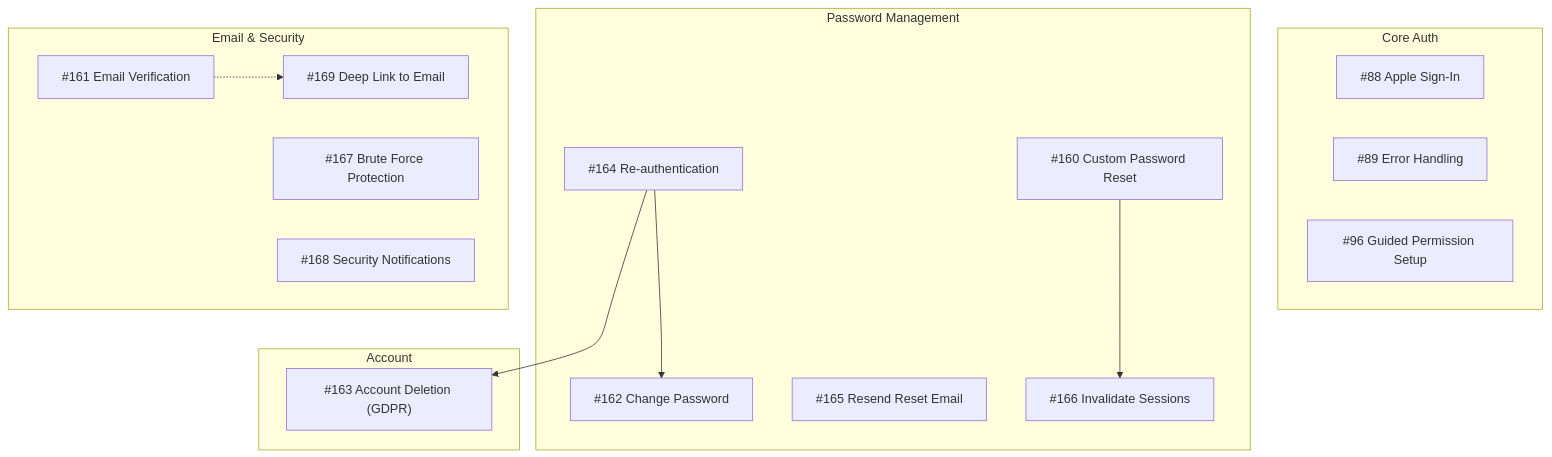
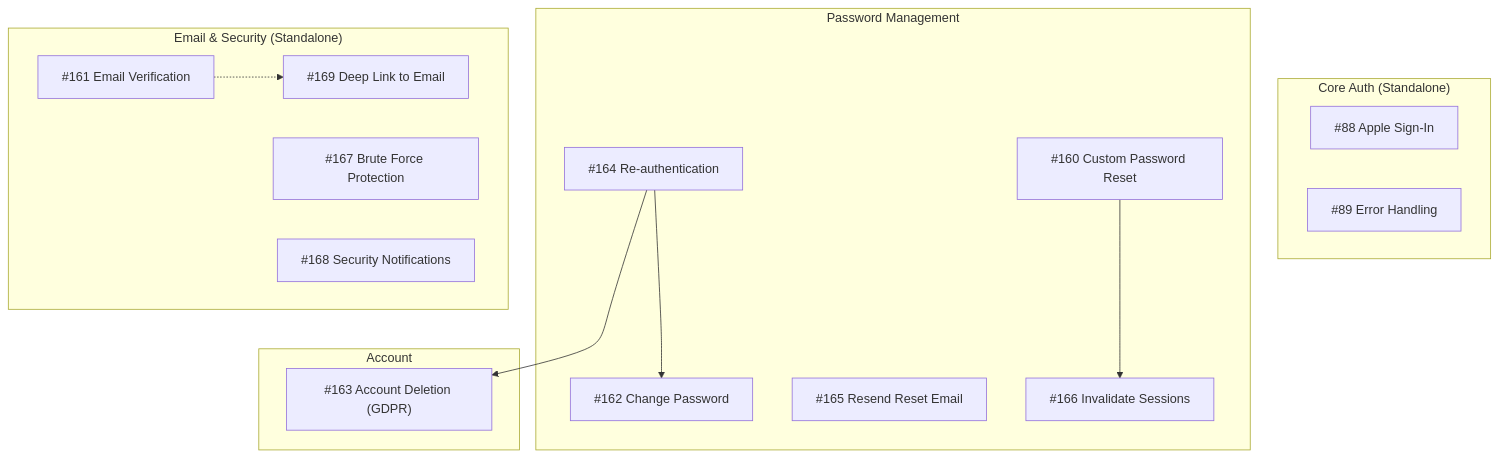
One commit to amehmeto/TiedSiren51 changed the third of 3 diagrams in docs/TICKET-DEPENDENCY-GRAPH.md. Above: the diagram before and after it, drawn with Mermaid. The commit also changed other lines of this file, not shown here.

First line of the commit message:
docs: sync dependency graph with all open tickets

````diff
--- a/docs/TICKET-DEPENDENCY-GRAPH.md
+++ b/docs/TICKET-DEPENDENCY-GRAPH.md
@@ -111,37 +173,36 @@
 ```mermaid
 flowchart TD
-    subgraph "Core Auth"
+    subgraph "Core Auth (Standalone)"
         A88["#88 Apple Sign-In"]
         A89["#89 Error Handling"]
-        A96["#96 Guided Permission Setup"]
     end
 
     subgraph "Password Management"
         A160["#160 Custom Password Reset"]
         A162["#162 Change Password"]
         A164["#164 Re-authentication"]
         A165["#165 Resend Reset Email"]
         A166["#166 Invalidate Sessions"]
     end
 
-    subgraph "Email & Security"
+    subgraph "Email & Security (Standalone)"
         A161["#161 Email Verification"]
         A167["#167 Brute Force Protection"]
         A168["#168 Security Notifications"]
         A169["#169 Deep Link to Email"]
     end
 
     subgraph "Account"
         A163["#163 Account Deletion (GDPR)"]
     end
 
     %% Re-auth is prerequisite for sensitive ops
     A164 --> A162
     A164 --> A163
 
     %% Password reset chain
     A160 --> A166
 
-    %% Email verification → deep link
+    %% Email verification → deep link (optional)
     A161 -.-> A169
 ```
````
